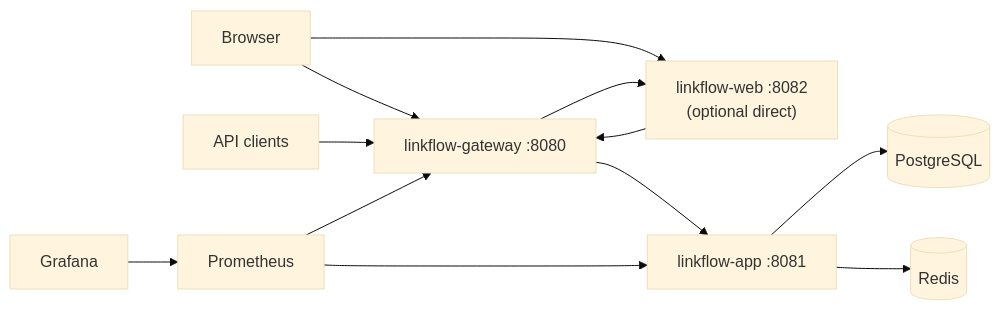
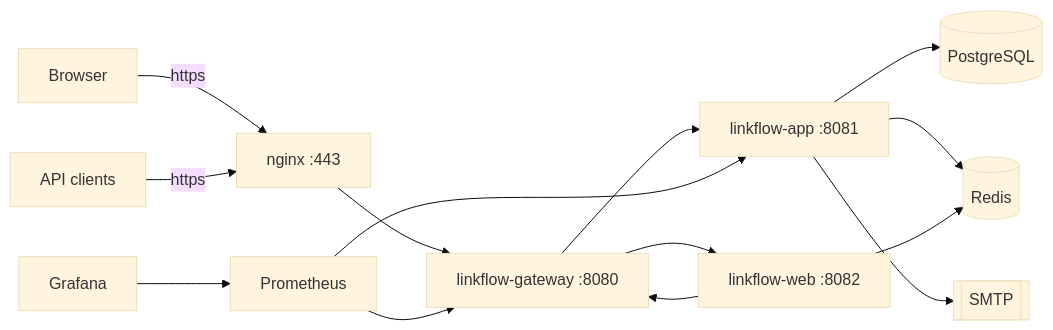
One commit to SlayerBit/linkflow changed the diagram in README.md. Above: the diagram before and after it, drawn with Mermaid (base theme). The commit also changed other lines of this file and 189 other files, not shown here.

````diff
--- a/README.md
+++ b/README.md
@@ -21,14 +25,16 @@
 ```mermaid
 flowchart LR
-    Browser --> Gateway["linkflow-gateway :8080"]
-    Browser --> WebDirect["linkflow-web :8082\n(optional direct)"]
-    API["API clients"] --> Gateway
-    WebDirect --> Gateway
+    Browser -->|https| Nginx["nginx :443"]
+    API["API clients"] -->|https| Nginx
+    Nginx --> Gateway["linkflow-gateway :8080"]
     Gateway --> App["linkflow-app :8081"]
-    Gateway --> WebDirect
+    Gateway --> Web["linkflow-web :8082"]
+    Web --> Gateway
     App --> PG[(PostgreSQL)]
     App --> Redis[(Redis)]
+    App --> SMTP[[SMTP]]
+    Web --> Redis
     Prom[Prometheus] --> App
     Prom --> Gateway
     Grafana --> Prom
 ```
````
